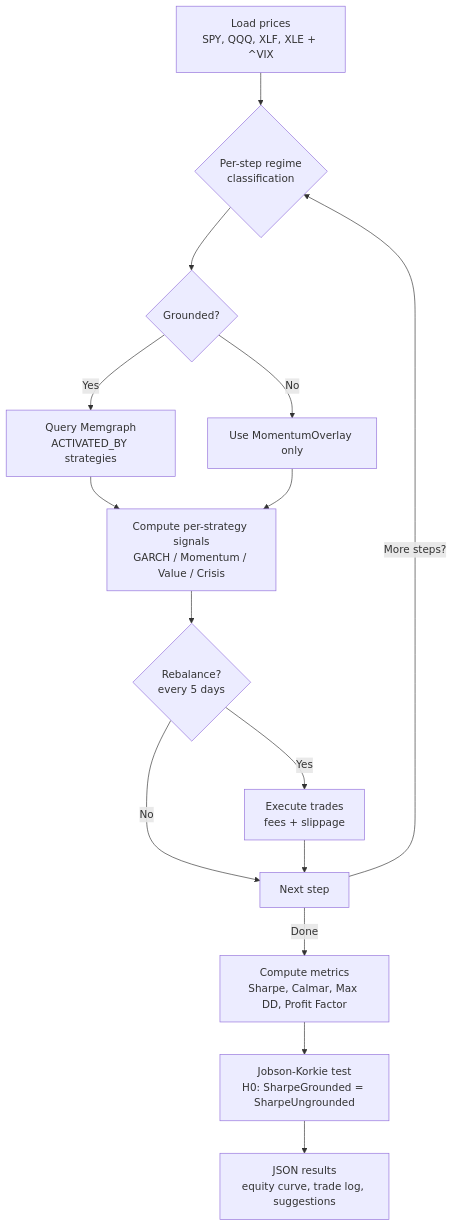
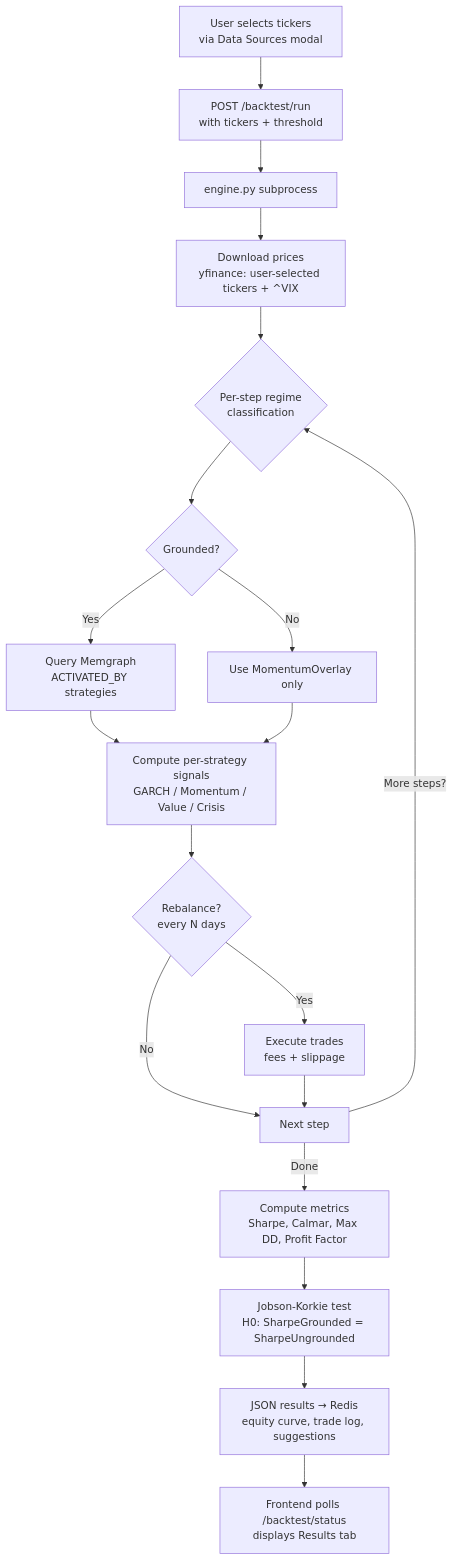
One commit to Godwin-88/sturdy-couscous changed the seventh of 7 diagrams in README.md. Above: the diagram before and after it, drawn with Mermaid. The commit also changed other lines of this file and 67 other files, not shown here.

````diff
--- a/README.md
+++ b/README.md
@@ -270,17 +632,21 @@
 ```mermaid
 flowchart TB
-    Load[Load prices<br/>SPY, QQQ, XLF, XLE + ^VIX] --> Classify{Per-step regime<br/>classification}
+    Load[User selects tickers<br/>via Data Sources modal] --> Start[POST /backtest/run<br/>with tickers + threshold]
+    Start --> Engine[engine.py subprocess]
+    Engine --> Download[Download prices<br/>yfinance: user-selected tickers + ^VIX]
+    Download --> Classify{Per-step regime<br/>classification}
     Classify --> KG{Grounded?}
     KG -->|Yes| Active[Query Memgraph<br/>ACTIVATED_BY strategies]
     KG -->|No| Default[Use MomentumOverlay only]
     Active --> Signals[Compute per-strategy signals<br/>GARCH / Momentum / Value / Crisis]
     Default --> Signals
-    Signals --> Rebal{Rebalance?<br/>every 5 days}
+    Signals --> Rebal{Rebalance?<br/>every N days}
     Rebal -->|Yes| Trade[Execute trades<br/>fees + slippage]
     Rebal -->|No| Next[Next step]
     Trade --> Next
     Next -->|More steps?| Classify
     Next -->|Done| Metrics[Compute metrics<br/>Sharpe, Calmar, Max DD, Profit Factor]
     Metrics --> JK[Jobson-Korkie test<br/>H0: SharpeGrounded = SharpeUngrounded]
-    JK --> Output[JSON results<br/>equity curve, trade log, suggestions]
+    JK --> Output[JSON results → Redis<br/>equity curve, trade log, suggestions]
+    Output --> Frontend[Frontend polls /backtest/status<br/>displays Results tab]
 ```
````
